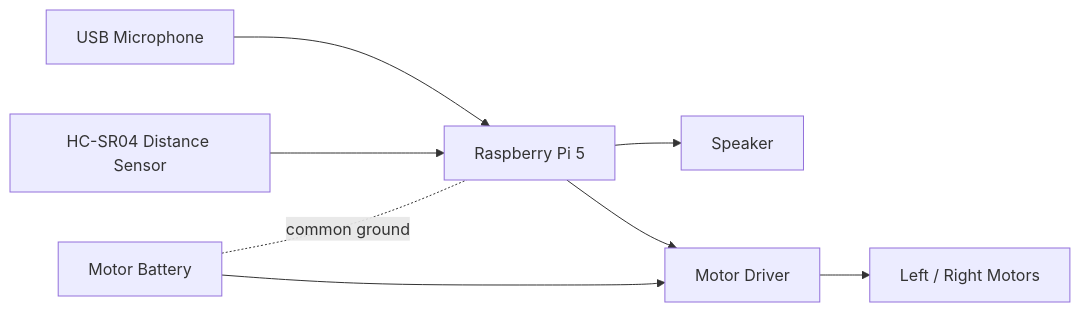
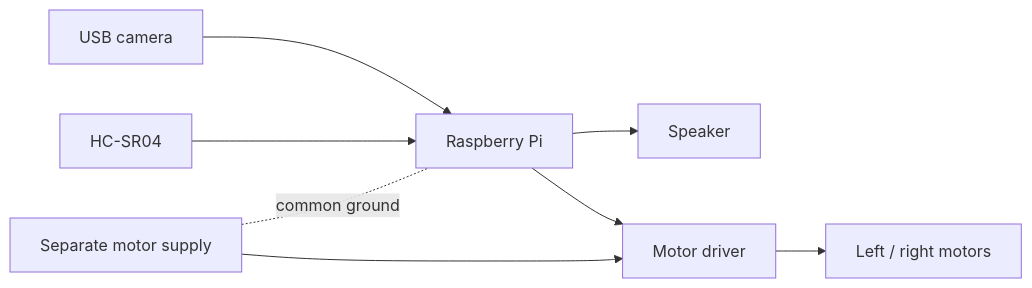
Before and after one commit to cora1022/2026ESWContest_free_ABOUTCREATE: the diagram in docs/wiring.md, drawn with Mermaid. The commit also changed other lines of this file and 9 other files, not shown here.

````diff
--- a/docs/wiring.md
+++ b/docs/wiring.md
@@ -7,18 +9,18 @@
 ```mermaid
 flowchart LR
-    Pi["Raspberry Pi 5"]
-    Mic["USB Microphone"]
+    Pi["Raspberry Pi"]
+    Camera["USB camera"]
     Speaker["Speaker"]
-    Sensor["HC-SR04 Distance Sensor"]
-    Driver["Motor Driver"]
-    Battery["Motor Battery"]
-    Motors["Left / Right Motors"]
+    Sensor["HC-SR04"]
+    Driver["Motor driver"]
+    Battery["Separate motor supply"]
+    Motors["Left / right motors"]
 
-    Mic --> Pi
+    Camera --> Pi
     Pi --> Speaker
     Sensor --> Pi
     Pi --> Driver
     Battery --> Driver
     Driver --> Motors
-    Battery -. common ground .- Pi
+    Battery -. "common ground" .- Pi
 ```
````
